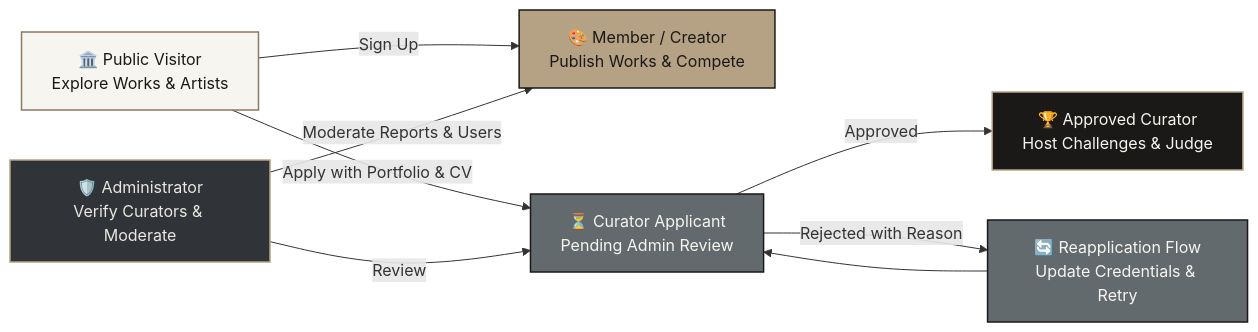
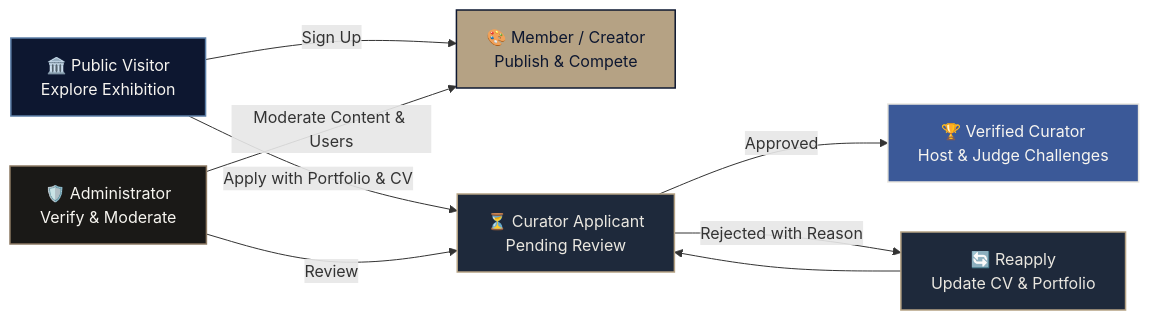
Before and after one commit to aalfm/archive-art-showcase: the first of 3 diagrams in README.md, drawn with Mermaid. The commit also changed other lines of this file and 1 other file, not shown here.

````diff
--- a/README.md
+++ b/README.md
@@ -48,22 +41,22 @@
 ```mermaid
 flowchart LR
-    V["🏛️ Public Visitor\nExplore Works & Artists"] -->|"Sign Up"| M["🎨 Member / Creator\nPublish Works & Compete"]
-    V -->|"Apply with Portfolio & CV"| CP["⏳ Curator Applicant\nPending Admin Review"]
-    CP -->|"Approved"| CA["🏆 Approved Curator\nHost Challenges & Judge"]
-    CP -->|"Rejected with Reason"| CR["🔄 Reapplication Flow\nUpdate Credentials & Retry"]
+    V["🏛️ Public Visitor\nExplore Exhibition"] -->|"Sign Up"| M["🎨 Member / Creator\nPublish & Compete"]
+    V -->|"Apply with Portfolio & CV"| CP["⏳ Curator Applicant\nPending Review"]
+    CP -->|"Approved"| CA["🏆 Verified Curator\nHost & Judge Challenges"]
+    CP -->|"Rejected with Reason"| CR["🔄 Reapply\nUpdate CV & Portfolio"]
     CR --> CP
-    AD["🛡️ Administrator\nVerify Curators & Moderate"] -->|"Review"| CP
-    AD -->|"Moderate Reports & Users"| M
+    AD["🛡️ Administrator\nVerify & Moderate"] -->|"Review"| CP
+    AD -->|"Moderate Content & Users"| M
 
-    classDef charcoal fill:#1A1917,stroke:#B5A284,color:#F7F5F0,stroke-width:1.5px;
-    classDef sand fill:#B5A284,stroke:#1A1917,color:#1A1917,stroke-width:1.5px;
-    classDef slate fill:#303438,stroke:#B5A284,color:#EAE7E0,stroke-width:1.5px;
-    classDef stone fill:#626A6D,stroke:#1A1917,color:#F7F5F0,stroke-width:1.5px;
-    classDef ivory fill:#F7F5F0,stroke:#8C7963,color:#1A1917,stroke-width:1.5px;
+    classDef navy fill:#0D1730,stroke:#5C7FA8,color:#F7F5F0,stroke-width:1.5px;
+    classDef slate fill:#1E293B,stroke:#B5A284,color:#EAE7E0,stroke-width:1.5px;
+    classDef sand fill:#B5A284,stroke:#0D1730,color:#0D1730,stroke-width:1.5px;
+    classDef blue fill:#3B5998,stroke:#EAE7E0,color:#F7F5F0,stroke-width:1.5px;
+    classDef charcoal fill:#1A1917,stroke:#8C7963,color:#F7F5F0,stroke-width:1.5px;
 
-    class V ivory;
+    class V navy;
     class M sand;
-    class CP,CR stone;
-    class CA charcoal;
-    class AD slate;
+    class CP,CR slate;
+    class CA blue;
+    class AD charcoal;
 ```
````
